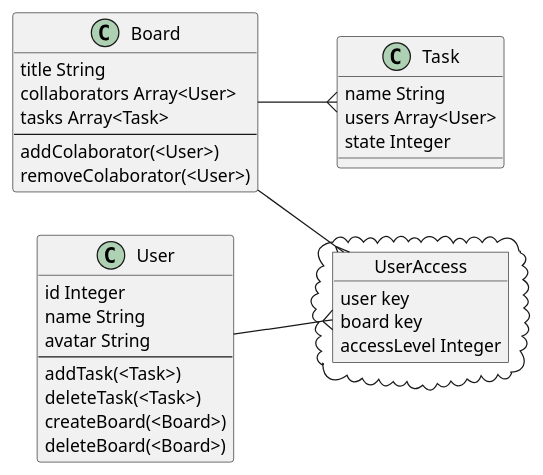
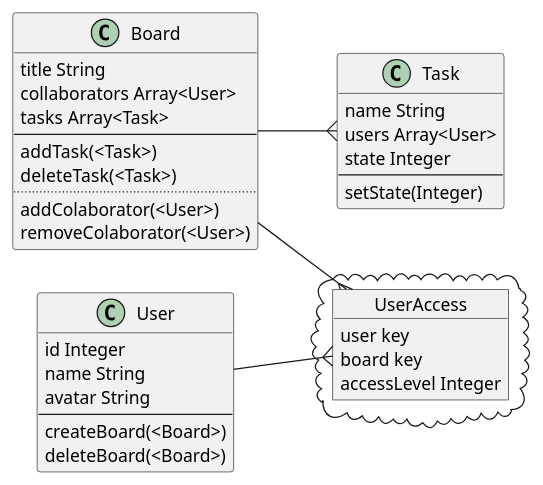
One commit to dawidchar/Whitehat-Kanban changed the diagram in Design/Classes.plantuml. Above: the diagram before and after it, drawn with PlantUML.

Commit message:
Added UserAccess to UML 🔓

```diff
--- a/Design/Classes.plantuml
+++ b/Design/Classes.plantuml
@@ -1,40 +1,43 @@
 @startuml
 top to bottom direction
 left to right direction
 class Board {
     title String
     collaborators Array<User>
     tasks Array<Task>
     --
+    addTask(<Task>)
+    deleteTask(<Task>)
+    ..
     addColaborator(<User>)
     removeColaborator(<User>)
 }
 class User {
     id Integer
     name String
     avatar String
     --
-    addTask(<Task>)
-    deleteTask(<Task>)
     createBoard(<Board>)
     deleteBoard(<Board>)
 }
 cloud {
     object UserAccess {
         user key
         board key
         accessLevel Integer
     }
 }
 class Task {
     name String
     users Array<User>
     state Integer
+    --
+    setState(Integer)
 }
 
 Board --{ UserAccess
 User --{ UserAccess
 Board --{ Task
 
 
 @enduml
```
